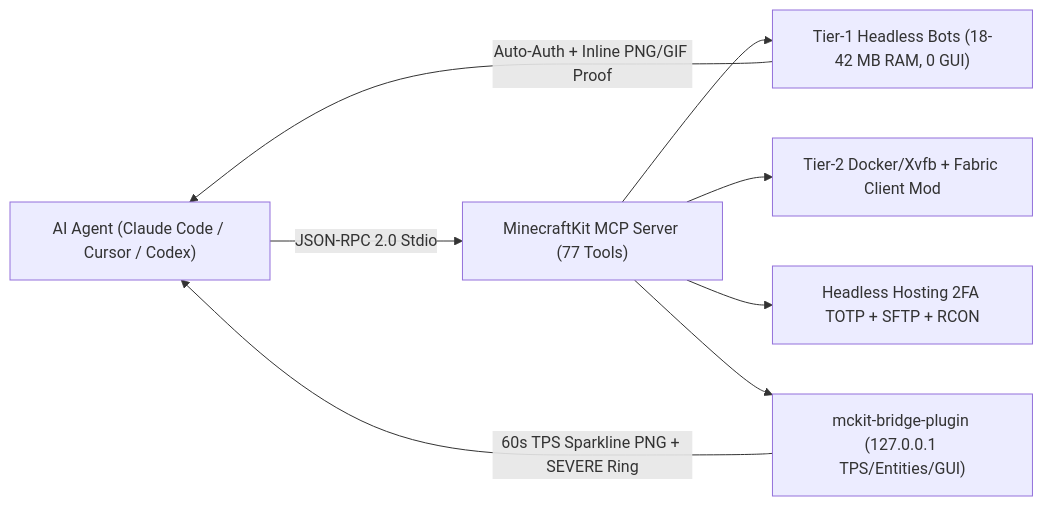
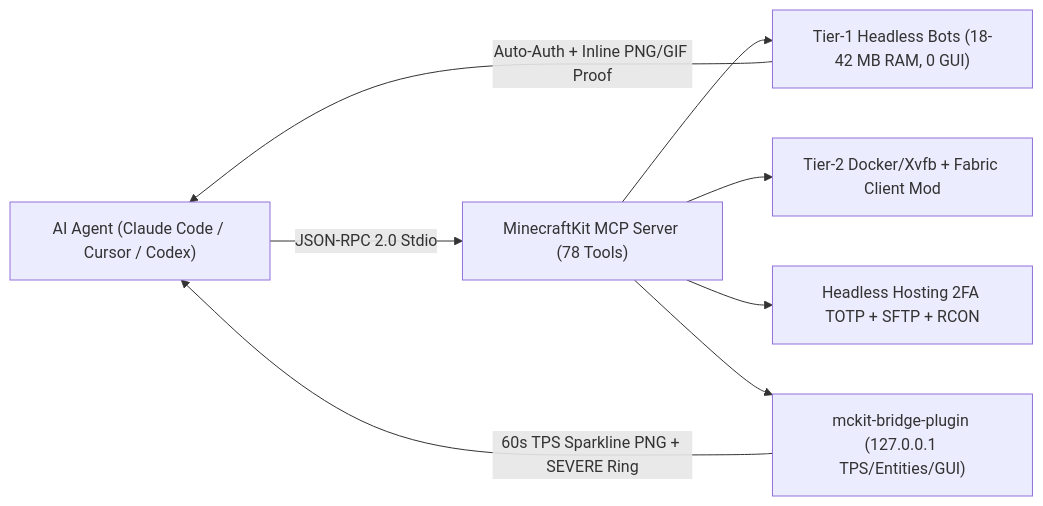
The diagram in README.md (SalyyS1/minecraftkit), drawn with Mermaid before and after one commit. The commit also changed other lines of this file and 13 other files, not shown here.

````diff
--- a/README.md
+++ b/README.md
@@ -12,10 +12,10 @@
 ```mermaid
 flowchart LR
-  AI["AI Agent (Claude Code / Cursor / Codex)"] -->|JSON-RPC 2.0 Stdio| MCP["MinecraftKit MCP Server (77 Tools)"]
+  AI["AI Agent (Claude Code / Cursor / Codex)"] -->|JSON-RPC 2.0 Stdio| MCP["MinecraftKit MCP Server (78 Tools)"]
   MCP --> BOT["Tier-1 Headless Bots (18-42 MB RAM, 0 GUI)"]
   MCP --> VIS["Tier-2 Docker/Xvfb + Fabric Client Mod"]
   MCP --> OPS["Headless Hosting 2FA TOTP + SFTP + RCON"]
   MCP --> BRIDGE["mckit-bridge-plugin (127.0.0.1 TPS/Entities/GUI)"]
   BOT -->|Auto-Auth + Inline PNG/GIF Proof| AI
   BRIDGE -->|60s TPS Sparkline PNG + SEVERE Ring| AI
 ```
````
